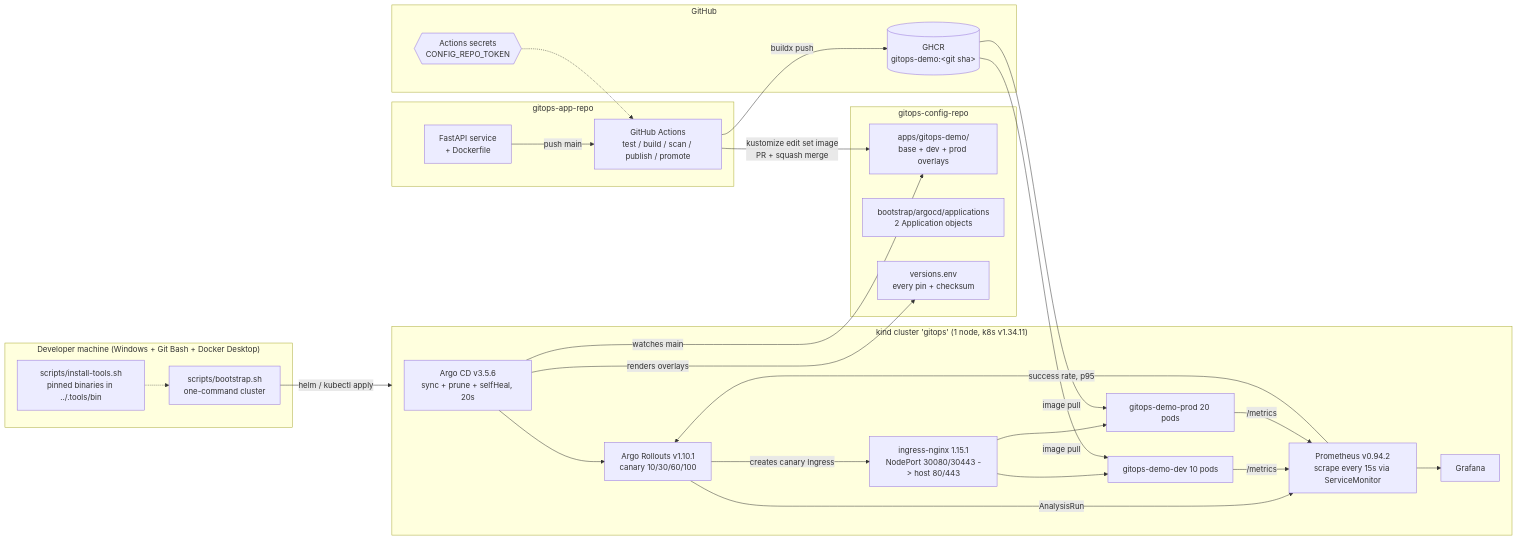
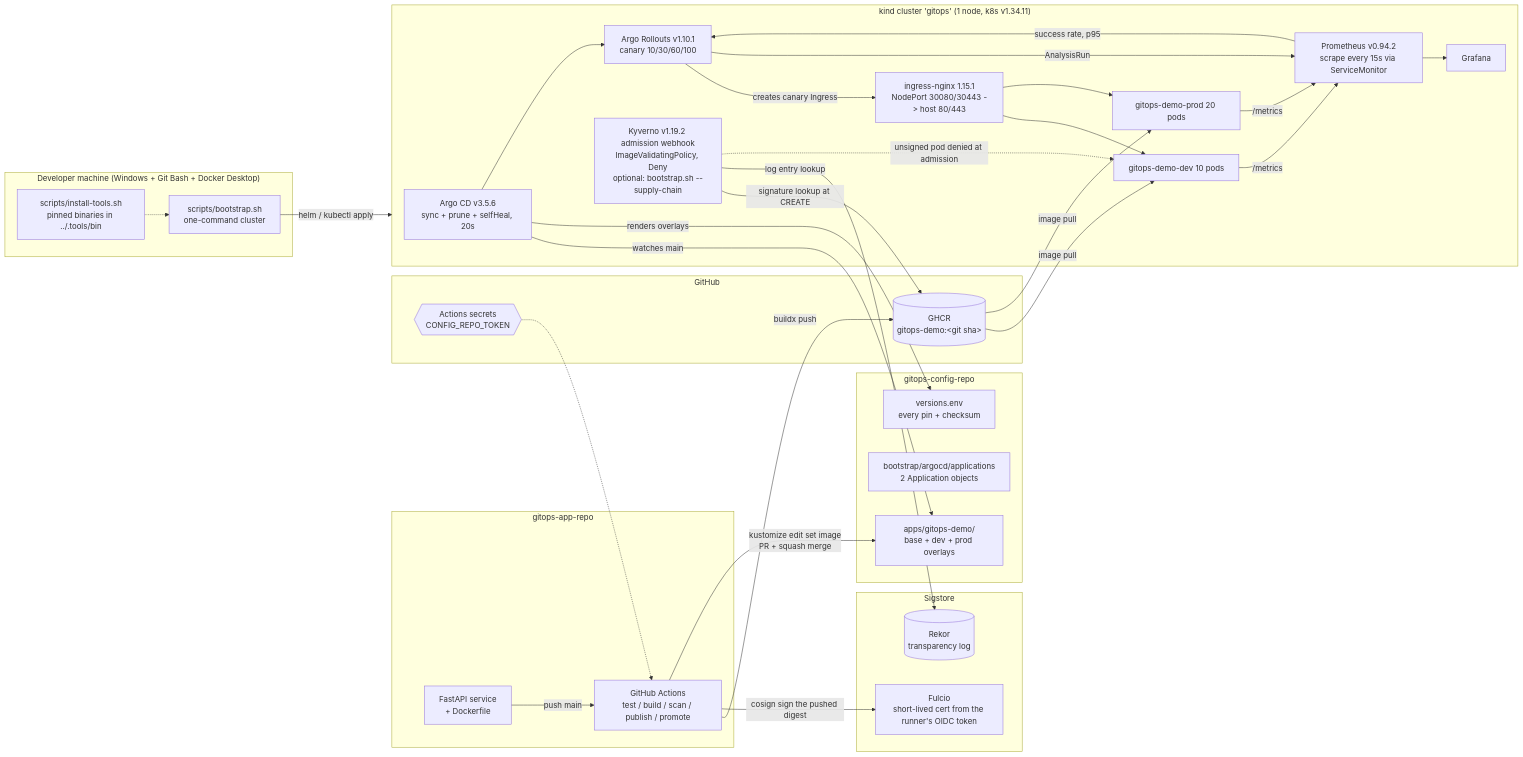
Before and after one commit to bouhlel-dev/gitops-config-repo: the first of 2 diagrams in docs/ARCHITECTURE.md, drawn with Mermaid. The commit also changed other lines of this file and 5 other files, not shown here.

First line of the commit message:
Add docs/SUPPLY_CHAIN.md, and carry the correction through the rest

````diff
--- a/docs/ARCHITECTURE.md
+++ b/docs/ARCHITECTURE.md
@@ -10,53 +10,63 @@
 ```mermaid
 flowchart LR
     subgraph DEV["Developer machine (Windows + Git Bash + Docker Desktop)"]
         L["scripts/install-tools.sh<br/>pinned binaries in ../.tools/bin"]
         B["scripts/bootstrap.sh<br/>one-command cluster"]
     end
 
     subgraph APP["gitops-app-repo"]
         A["FastAPI service<br/>+ Dockerfile"]
         W["GitHub Actions<br/>test / build / scan / publish / promote"]
     end
 
     subgraph CFG["gitops-config-repo"]
         K["apps/gitops-demo/<br/>base + dev + prod overlays"]
         AP["bootstrap/argocd/applications<br/>2 Application objects"]
         V["versions.env<br/>every pin + checksum"]
     end
 
     subgraph GH["GitHub"]
         R[("GHCR<br/>gitops-demo:&lt;git sha&gt;")]
         S{{"Actions secrets<br/>CONFIG_REPO_TOKEN"}}
     end
 
     subgraph CL["kind cluster 'gitops' (1 node, k8s v1.34.11)"]
         CD["Argo CD v3.5.6<br/>sync + prune + selfHeal, 20s"]
         RO["Argo Rollouts v1.10.1<br/>canary 10/30/60/100"]
         IN["ingress-nginx 1.15.1<br/>NodePort 30080/30443 -> host 80/443"]
         PR["Prometheus v0.94.2<br/>scrape every 15s via ServiceMonitor"]
         GR["Grafana"]
         APP1["gitops-demo-dev  10 pods"]
         APP2["gitops-demo-prod 20 pods"]
+        KY["Kyverno v1.19.2 admission webhook<br/>ImageValidatingPolicy, Deny<br/>optional: bootstrap.sh --supply-chain"]
+    end
+
+    subgraph SG["Sigstore"]
+        F["Fulcio<br/>short-lived cert from the runner's OIDC token"]
+        RK[("Rekor<br/>transparency log")]
     end
 
     A -->|push main| W
     W -->|buildx push| R
+    W -->|cosign sign the pushed digest| F
     W -->|kustomize edit set image<br/>PR + squash merge| K
     S-.->W
     B -->|helm / kubectl apply| CL
     L -.-> B
     CD -->|watches main| K
     CD -->|renders overlays| V
     CD --> RO
     RO -->|creates canary Ingress| IN
     RO -->|AnalysisRun| PR
     PR -->|success rate, p95| RO
     IN --> APP1
     IN --> APP2
     APP1 -->|/metrics| PR
     APP2 -->|/metrics| PR
     PR --> GR
     R -->|image pull| APP1
     R -->|image pull| APP2
+    KY -->|signature lookup at CREATE| R
+    KY -->|log entry lookup| RK
+    KY -.->|unsigned pod denied at admission| APP1
 ```
````
